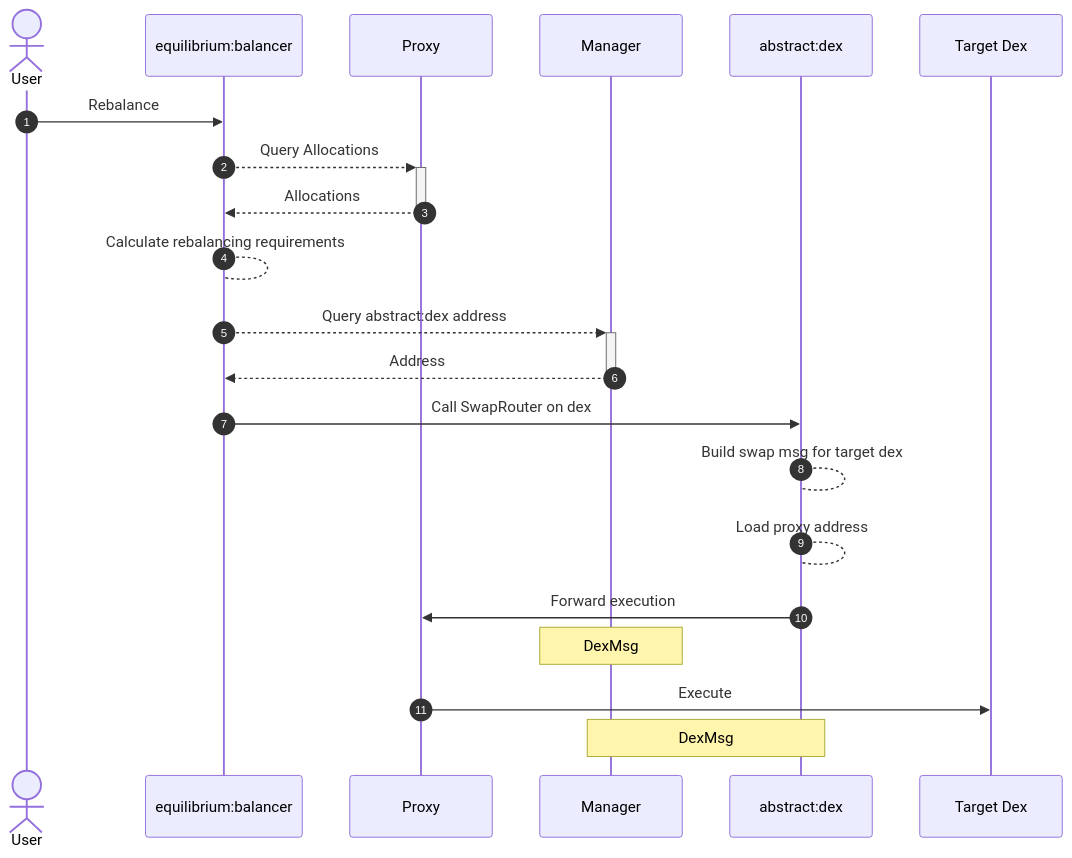
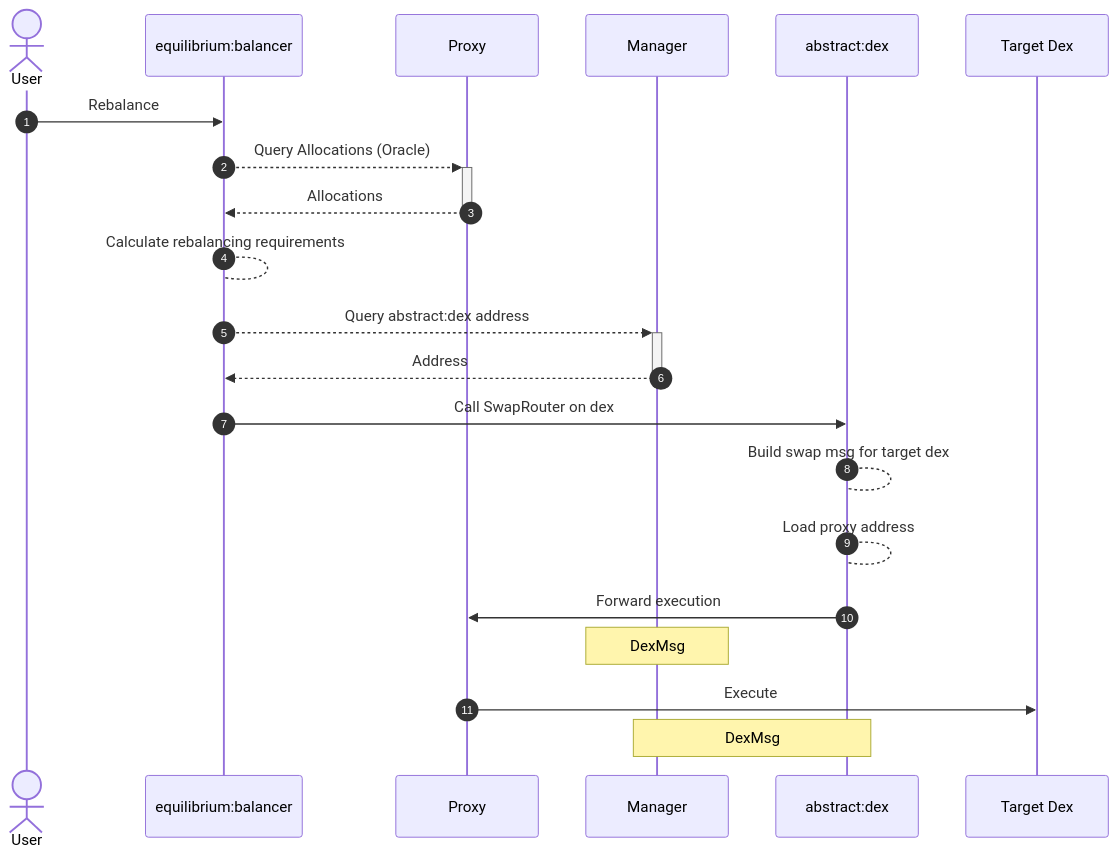
One commit to AbstractSDK/abstract changed the fourth of 4 diagrams in framework/docs/src/5_platform/5_module_factory.md. Above: the diagram before and after it, drawn with Mermaid. The commit also changed other lines of this file, not shown here.

Commit message:
update adapter execution flow

````diff
--- a/framework/docs/src/5_platform/5_module_factory.md
+++ b/framework/docs/src/5_platform/5_module_factory.md
@@ -94,27 +91,27 @@
 ```mermaid
 sequenceDiagram
     autonumber
     actor U as User
     participant B as equilibrium:balancer
     participant P as Proxy
     participant M as Manager
     participant D as abstract:dex
     participant T as Target Dex
 
     U ->> B: Rebalance
-    B -->>+ P: Query Allocations
+    B -->>+ P: Query Allocations (Oracle)
     P -->>- B: Allocations
     B --> B: Calculate rebalancing requirements
 
     B -->>+ M: Query abstract:dex address
     M -->>- B: Address
 
     B ->> D: Call SwapRouter on dex
     D --> D: Build swap msg for target dex
     D --> D: Load proxy address
 
     D ->> P: Forward execution
     Note over M: DexMsg
     P ->> T: Execute
     Note over D, M: DexMsg
 ```
````
